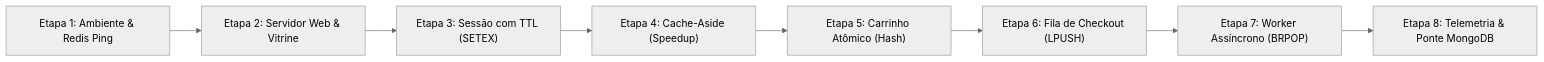
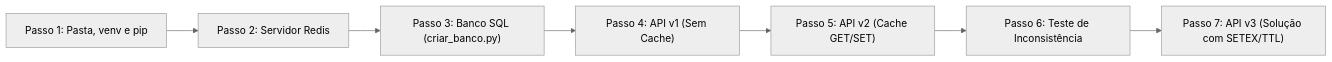
Before and after one commit to reginaldo-pf/reginaldo-pf.github.io: the diagram in Cursos/Tecnologia em Análise e Desenvolvimento de Sistemas/Disciplinas/Banco de Dados Não-Relacionais/Aulas/Aula_05/tutorial_construcao_passo_a_passo.md, drawn with Mermaid (neutral theme). The commit also changed other lines of this file and 363 other files, not shown here.

````diff
--- a/Cursos/Tecnologia em Análise e Desenvolvimento de Sistemas/Disciplinas/Banco de Dados Não-Relacionais/Aulas/Aula_05/tutorial_construcao_passo_a_passo.md
+++ b/Cursos/Tecnologia em Análise e Desenvolvimento de Sistemas/Disciplinas/Banco de Dados Não-Relacionais/Aulas/Aula_05/tutorial_construcao_passo_a_passo.md
@@ -21,10 +22,9 @@
 ```mermaid
 flowchart LR
-    A["Etapa 1: Ambiente & Redis Ping"] --> B["Etapa 2: Servidor Web & Vitrine"]
-    B --> C["Etapa 3: Sessão com TTL (SETEX)"]
-    C --> D["Etapa 4: Cache-Aside (Speedup)"]
-    D --> E["Etapa 5: Carrinho Atômico (Hash)"]
-    E --> F["Etapa 6: Fila de Checkout (LPUSH)"]
-    F --> G["Etapa 7: Worker Assíncrono (BRPOP)"]
-    G --> H["Etapa 8: Telemetria & Ponte MongoDB"]
+    P1["Passo 1: Pasta, venv e pip"] --> P2["Passo 2: Servidor Redis"]
+    P2 --> P3["Passo 3: Banco SQL (criar_banco.py)"]
+    P3 --> P4["Passo 4: API v1 (Sem Cache)"]
+    P4 --> P5["Passo 5: API v2 (Cache GET/SET)"]
+    P5 --> P6["Passo 6: Teste de Inconsistência"]
+    P6 --> P7["Passo 7: API v3 (Solução com SETEX/TTL)"]
 ```
````
